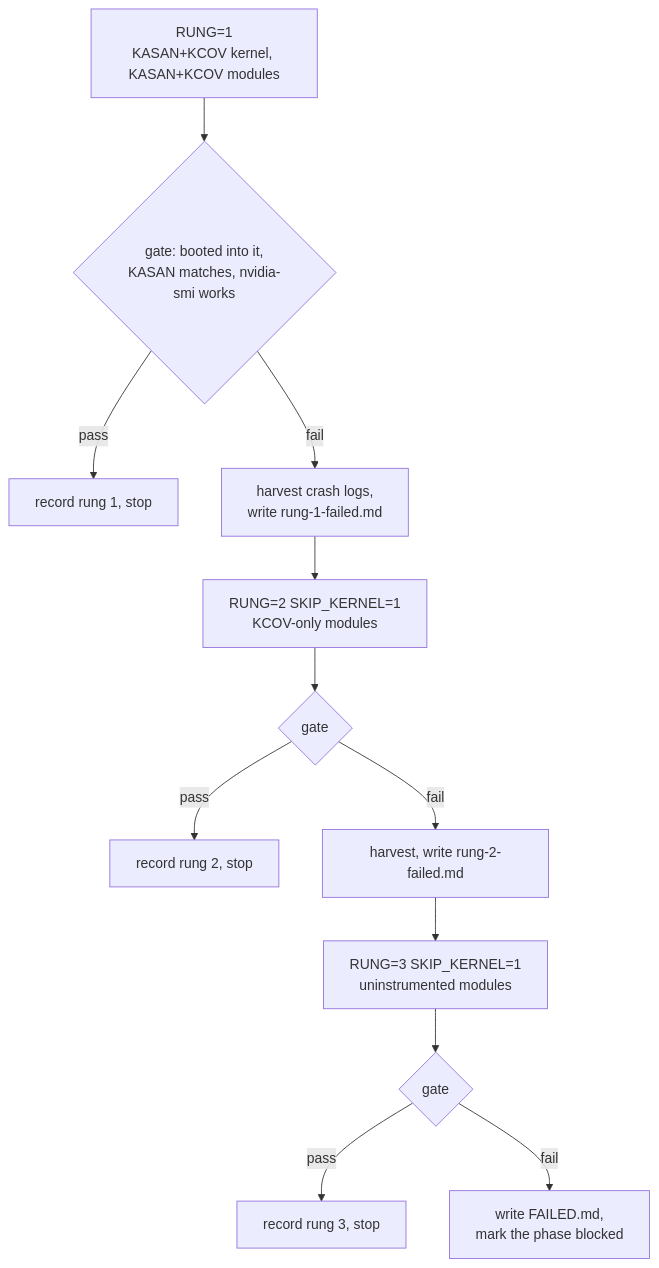
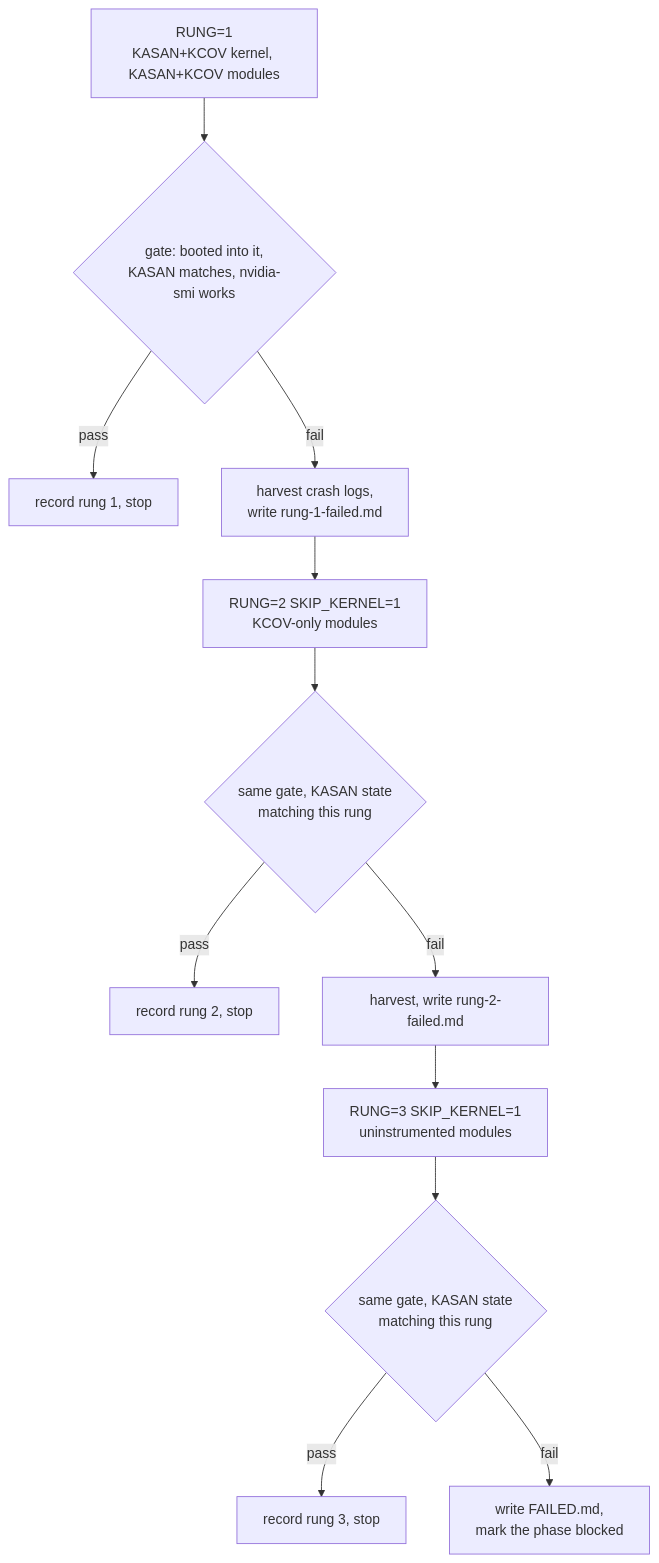
Before and after one commit to Indspl0it/gspwn: the ninth of 10 diagrams in docs/src/content/docs/architecture/loops.md, drawn with Mermaid. The commit also changed other lines of this file and 129 other files, not shown here.

````diff
--- a/docs/src/content/docs/architecture/loops.md
+++ b/docs/src/content/docs/architecture/loops.md
@@ -393,14 +402,14 @@
 ```mermaid
 flowchart TB
   R1["RUNG=1<br/>KASAN+KCOV kernel, KASAN+KCOV modules"] --> G1{"gate: booted into it,<br/>KASAN matches, nvidia-smi works"}
   G1 -->|pass| DONE1["record rung 1, stop"]
   G1 -->|fail| H1["harvest crash logs,<br/>write rung-1-failed.md"]
   H1 --> R2["RUNG=2 SKIP_KERNEL=1<br/>KCOV-only modules"]
-  R2 --> G2{"gate"}
+  R2 --> G2{"same gate, KASAN state<br/>matching this rung"}
   G2 -->|pass| DONE2["record rung 2, stop"]
   G2 -->|fail| H2["harvest, write rung-2-failed.md"]
   H2 --> R3["RUNG=3 SKIP_KERNEL=1<br/>uninstrumented modules"]
-  R3 --> G3{"gate"}
+  R3 --> G3{"same gate, KASAN state<br/>matching this rung"}
   G3 -->|pass| DONE3["record rung 3, stop"]
   G3 -->|fail| BLOCK["write FAILED.md,<br/>mark the phase blocked"]
 ```
````
